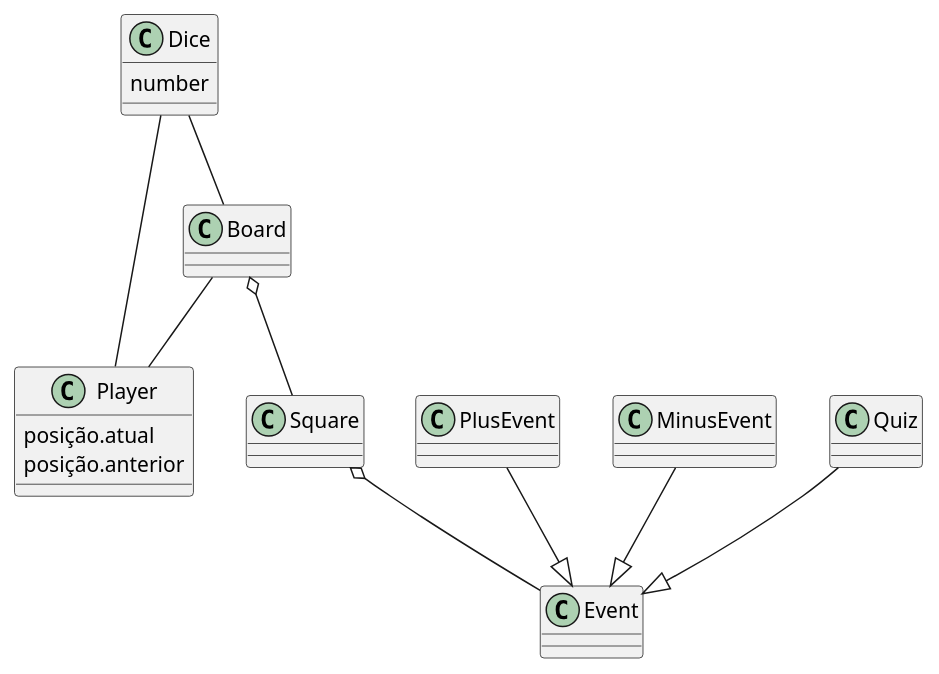
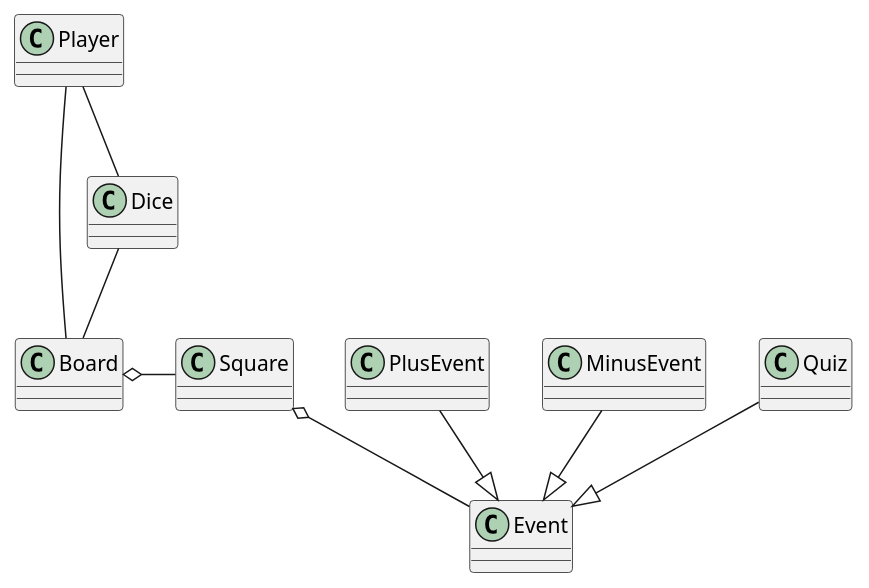
One commit to rtgatto/game-2023b-quartacoloniaquiz changed the diagram in class_diagram.plantuml. Above: the diagram before and after it, drawn with PlantUML. The commit also changed 4 other files, not shown here.

```diff
--- a/class_diagram.plantuml
+++ b/class_diagram.plantuml
@@ -1,32 +1,25 @@
 @startuml QuartaColoniaQuiz
 
 class Dice
-{
-    number
-}
 class Player
-{
-    posição.atual
-    posição.anterior
-}
 class Board
-
 class Square
 
-Board o-- Square
-Board -- Player
+Board o-R- Square
+Board -L- Player
 
 Player -- Dice
 
 Square o-- Event
+
 PlusEvent --|> Event
 MinusEvent --|> Event
 Quiz --|> Event
 
 Dice -- Board
 
 
 
 
 
 @enduml
```
